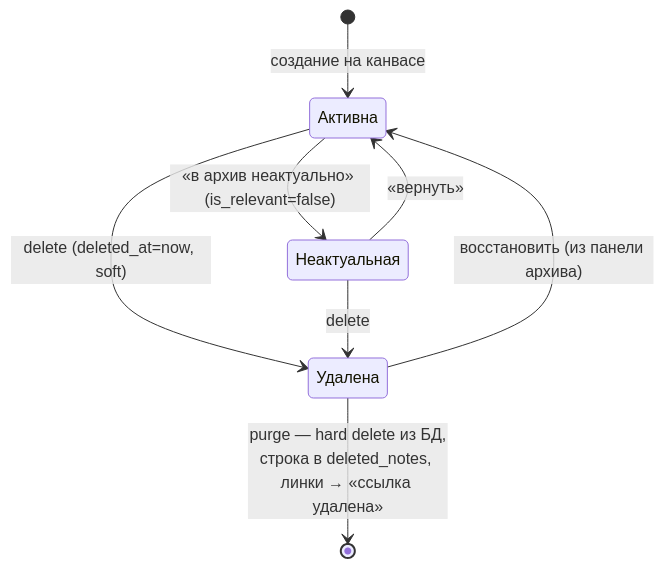
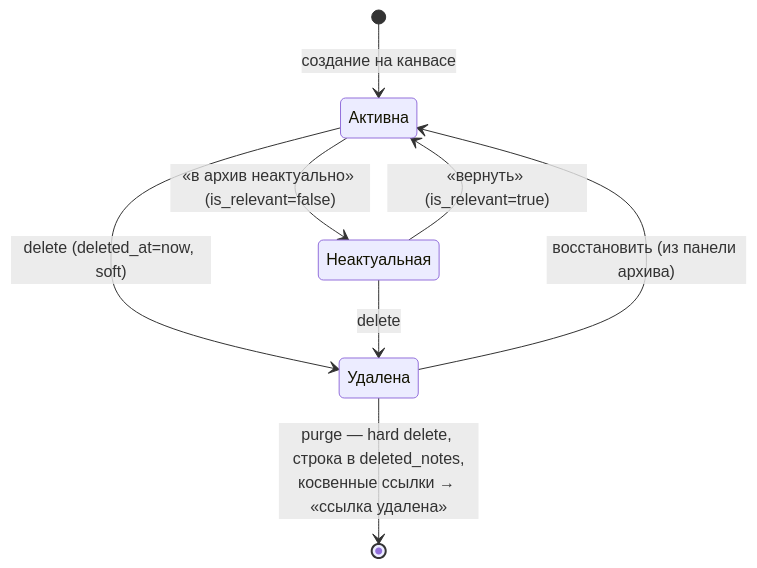
Before and after one commit to Neisvestny/Vistynq: the first of 2 diagrams in docs/data-model.md, drawn with Mermaid. The commit also changed other lines of this file and 9 other files, not shown here.

````diff
--- a/docs/data-model.md
+++ b/docs/data-model.md
@@ -192,10 +216,10 @@
 ```mermaid
 stateDiagram-v2
     [*] --> Активна: создание на канвасе
     Активна --> Неактуальная: «в архив неактуально» (is_relevant=false)
-    Неактуальная --> Активна: «вернуть»
+    Неактуальная --> Активна: «вернуть» (is_relevant=true)
     Активна --> Удалена: delete (deleted_at=now, soft)
     Неактуальная --> Удалена: delete
     Удалена --> Активна: восстановить (из панели архива)
-    Удалена --> [*]: purge — hard delete из БД,<br/>строка в deleted_notes, линки → «ссылка удалена»
+    Удалена --> [*]: purge — hard delete, строка в deleted_notes,<br/>косвенные ссылки → «ссылка удалена»
 ```
````
